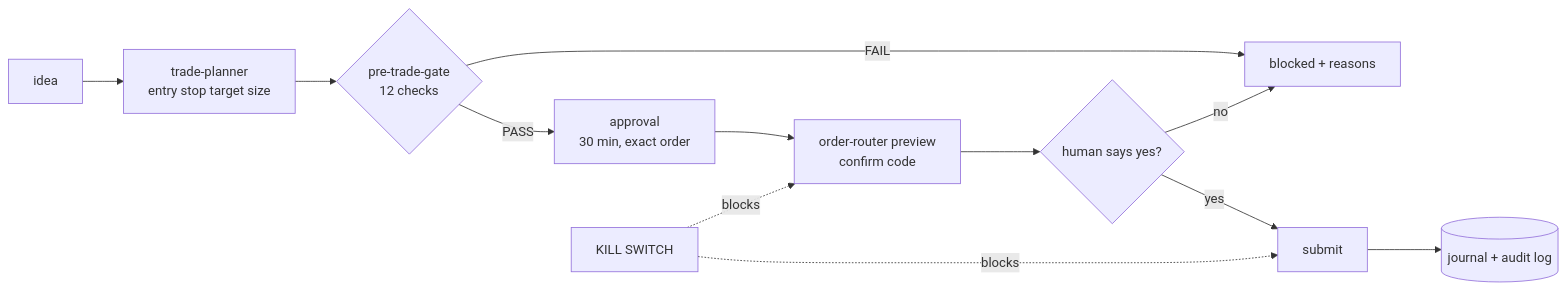
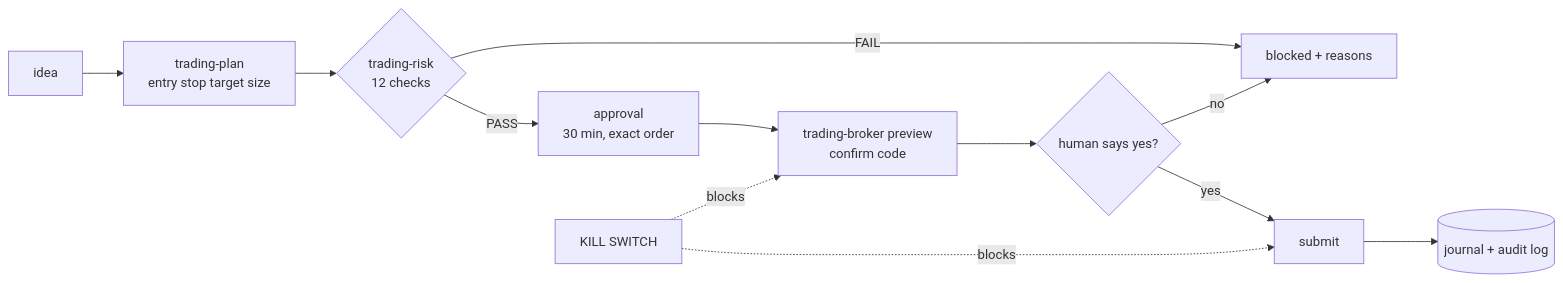
One commit to reddygopalkrishna/tradingkit-skills changed the diagram in README.md. Above: the diagram before and after it, drawn with Mermaid. The commit also changed other lines of this file and 799 other files, not shown here.

First line of the commit message:
feat: trading-skills v0.2.0 - 20 skills, trading- names, news, earnings, insiders, entry timer, alerts

````diff
--- a/README.md
+++ b/README.md
@@ -151,14 +176,14 @@
 ```mermaid
 flowchart LR
-  A[idea] --> B[trade-planner<br/>entry stop target size]
-  B --> C{pre-trade-gate<br/>12 checks}
+  A[idea] --> B[trading-plan<br/>entry stop target size]
+  B --> C{trading-risk<br/>12 checks}
   C -- FAIL --> X[blocked + reasons]
   C -- PASS --> D[approval<br/>30 min, exact order]
-  D --> E[order-router preview<br/>confirm code]
+  D --> E[trading-broker preview<br/>confirm code]
   E --> F{human says yes?}
   F -- no --> X
   F -- yes --> G[submit]
   G --> H[(journal + audit log)]
   K[KILL SWITCH] -. blocks .-> E
   K -. blocks .-> G
 ```
````
